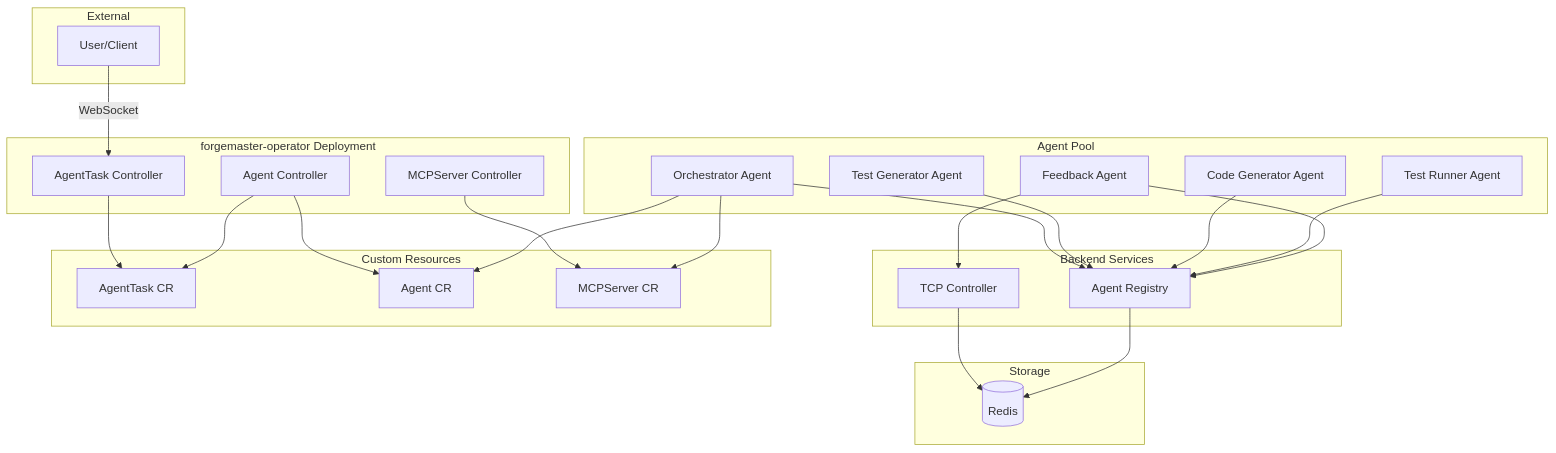
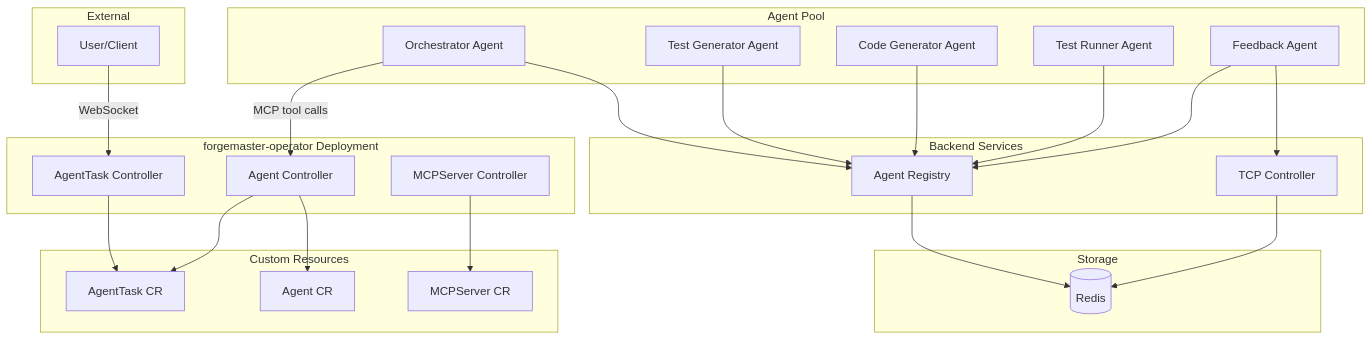
The first of 2 diagrams in docs/arch/02-components.md (dshcherbatiuk/forgemaster), drawn with Mermaid before and after one commit. The commit also changed other lines of this file and 54 other files, not shown here.

````diff
--- a/docs/arch/02-components.md
+++ b/docs/arch/02-components.md
@@ -51,48 +51,47 @@
 ```mermaid
 flowchart TB
     subgraph External["External"]
         USER[User/Client]
     end
 
     subgraph Operator["forgemaster-operator Deployment"]
         ATC[AgentTask Controller]
         AC[Agent Controller]
         MC[MCPServer Controller]
     end
 
     subgraph Services["Backend Services"]
         TCP[TCP Controller]
         REG[Agent Registry]
     end
 
     subgraph Agents["Agent Pool"]
         OA[Orchestrator Agent]
         TGA[Test Generator Agent]
         CGA[Code Generator Agent]
         TRA[Test Runner Agent]
         FBA[Feedback Agent]
     end
 
     subgraph Storage["Storage"]
         REDIS[(Redis)]
     end
 
     subgraph CRDs["Custom Resources"]
         AT[AgentTask CR]
         AGT[Agent CR]
         MCP[MCPServer CR]
     end
 
     USER -->|WebSocket| ATC
     ATC --> AT
     AC --> AT
     AC --> AGT
     MC --> MCP
-    OA --> AGT
-    OA --> MCP
+    OA -->|"MCP tool calls"| AC
 
     TCP --> REDIS
     REG --> REDIS
     OA & TGA & CGA & TRA & FBA --> REG
     FBA --> TCP
 ```
````
